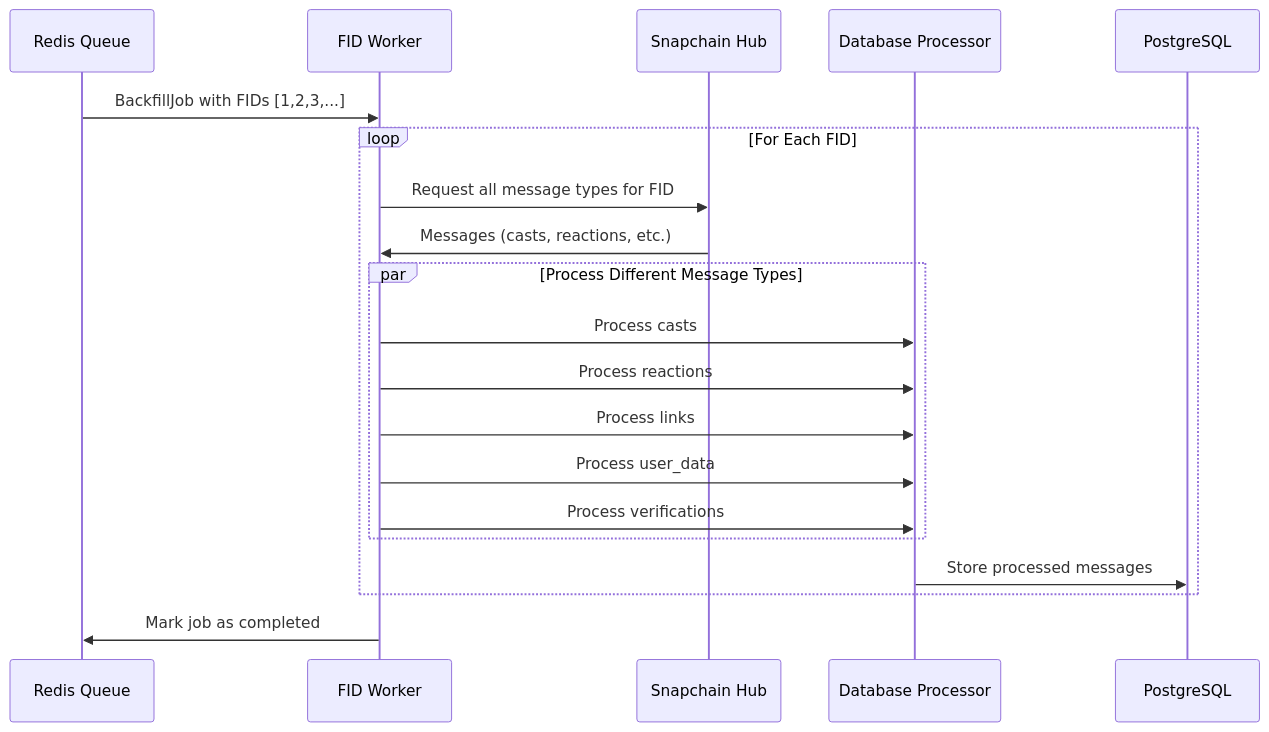
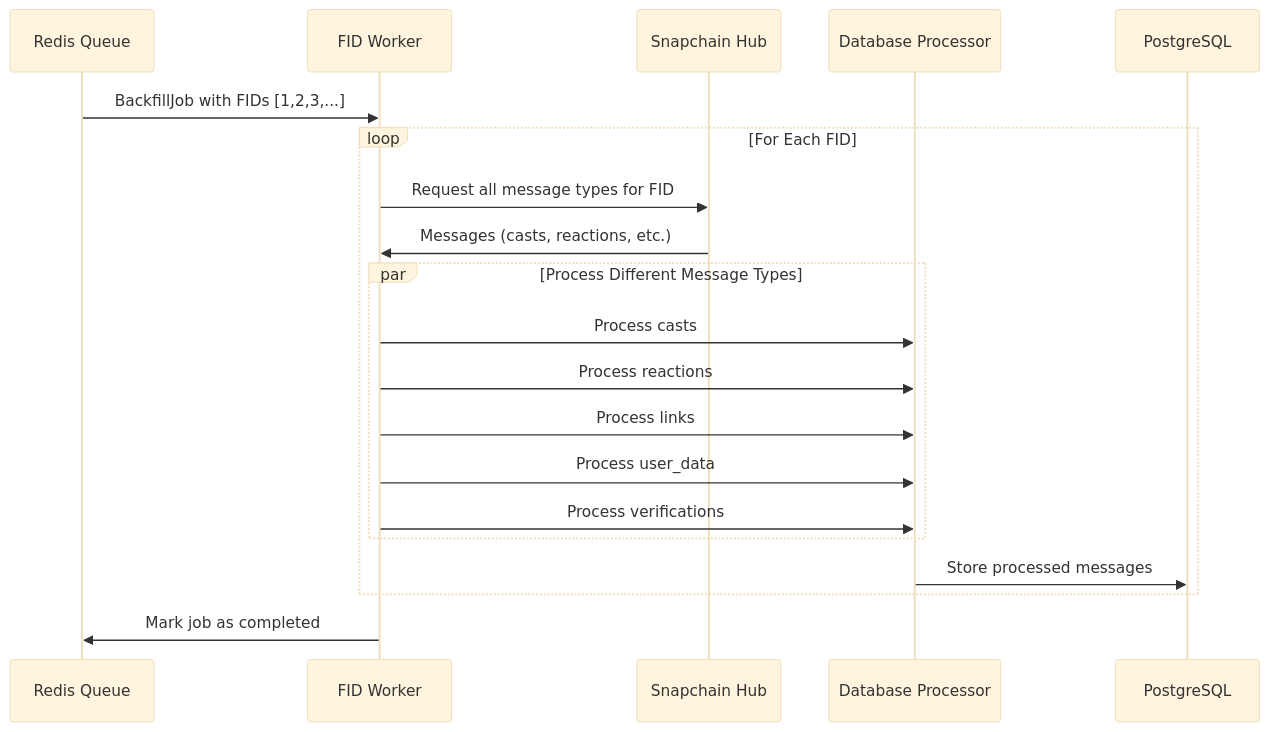
One commit to officialunofficial/waypoint changed the second of 2 diagrams in docs/architecture.md. Above: the diagram before and after it, drawn with Mermaid. The commit also changed other lines of this file and 4 other files, not shown here.

````diff
--- a/docs/architecture.md
+++ b/docs/architecture.md
@@ -138,27 +139,28 @@
 ```mermaid
+%%{init: {'theme': 'base', 'themeVariables': { 'background': '#f5f5f5' }}}%%
 sequenceDiagram
     participant Queue as Redis Queue
     participant Worker as FID Worker
     participant Hub as Snapchain Hub
     participant Processor as Database Processor
     participant DB as PostgreSQL
 
     Queue->>Worker: BackfillJob with FIDs [1,2,3,...]
     
     loop For Each FID
         Worker->>Hub: Request all message types for FID
         Hub->>Worker: Messages (casts, reactions, etc.)
         
         par Process Different Message Types
             Worker->>Processor: Process casts
             Worker->>Processor: Process reactions
             Worker->>Processor: Process links
             Worker->>Processor: Process user_data
             Worker->>Processor: Process verifications
         end
         
         Processor->>DB: Store processed messages
     end
     
     Worker->>Queue: Mark job as completed
 ```
````
